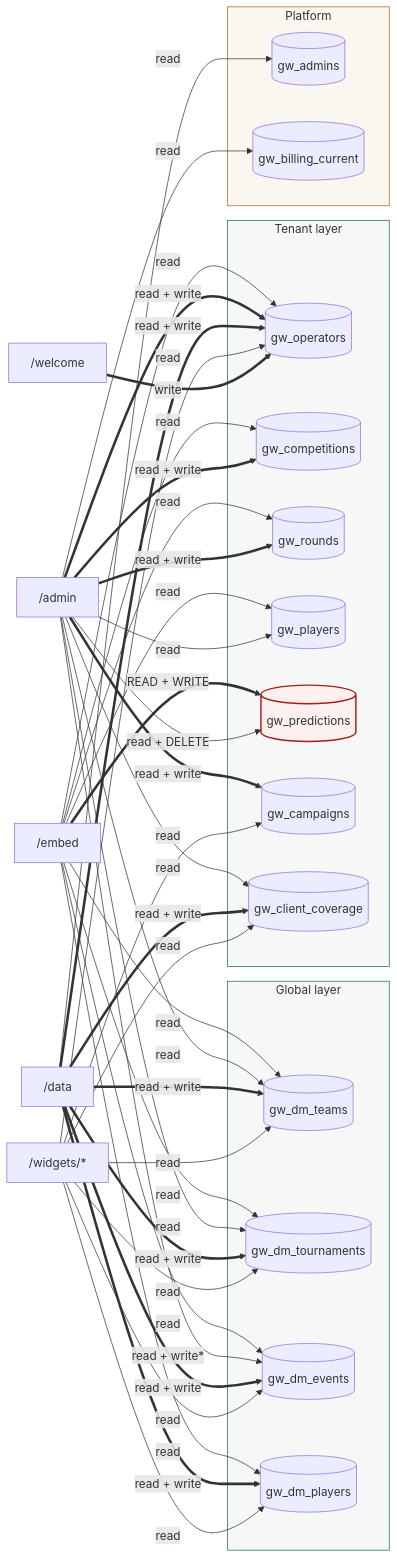
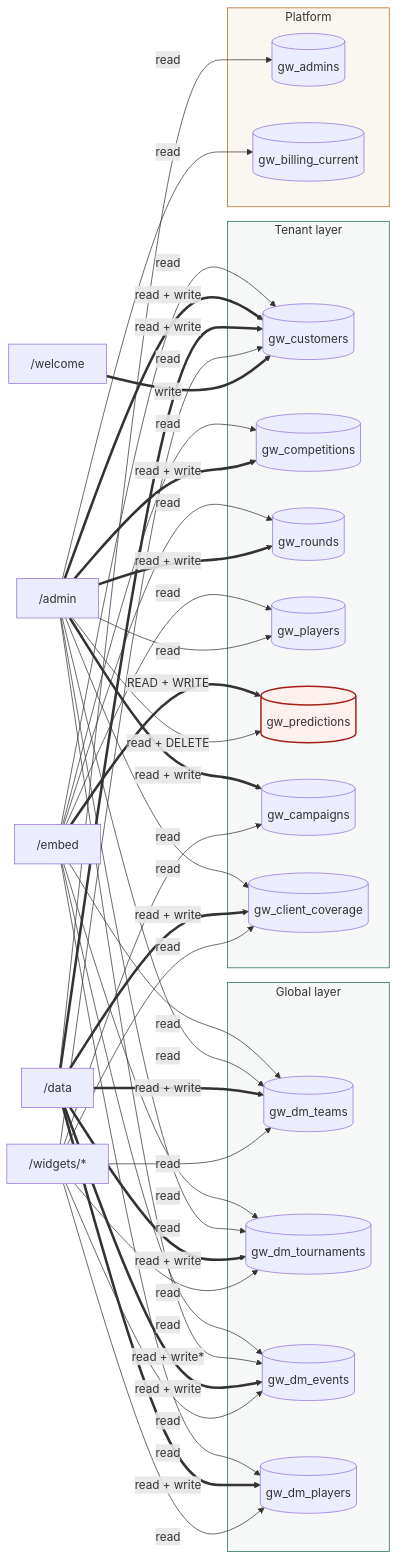
One commit to matchinist/gameweek changed the fourth of 8 diagrams in docs/ARCHITECTURE.md. Above: the diagram before and after it, drawn with Mermaid. The commit also changed other lines of this file and 42 other files, not shown here.

First line of the commit message:
Rename operators to customers across DB, apps, Edge Functions and docs

````diff
--- a/docs/ARCHITECTURE.md
+++ b/docs/ARCHITECTURE.md
@@ -236,75 +236,75 @@
 ```mermaid
 flowchart LR
     embed["/embed"]
     admin["/admin"]
     data["/data"]
     widgets["/widgets/*"]
     welcome["/welcome"]
 
     subgraph global["Global layer"]
         teams[(gw_dm_teams)]
         tourns[(gw_dm_tournaments)]
         events[(gw_dm_events)]
         dmplayers[(gw_dm_players)]
     end
 
     subgraph tenant["Tenant layer"]
-        ops[(gw_operators)]
+        ops[(gw_customers)]
         comps[(gw_competitions)]
         rounds[(gw_rounds)]
         players[(gw_players)]
         preds[(gw_predictions)]
         camps[(gw_campaigns)]
         cover[(gw_client_coverage)]
     end
 
     subgraph platform["Platform"]
         admins[(gw_admins)]
         billing[(gw_billing_current)]
     end
 
     embed -->|read| teams
     embed -->|read| tourns
     embed -->|read| events
     embed -->|read| dmplayers
     embed -->|read| ops
     embed -->|read| comps
     embed -->|read| rounds
     embed -->|read| players
     embed ==>|"READ + WRITE"| preds
 
     admin -->|read| teams
     admin -->|read| tourns
     admin -->|"read + write*"| events
     admin ==>|"read + write"| ops
     admin ==>|"read + write"| comps
     admin ==>|"read + write"| rounds
     admin ==>|"read + write"| camps
     admin -->|read| players
     admin -->|"read + DELETE"| preds
     admin -->|read| cover
     admin -->|read| billing
 
     data ==>|"read + write"| teams
     data ==>|"read + write"| tourns
     data ==>|"read + write"| events
     data ==>|"read + write"| dmplayers
     data ==>|"read + write"| cover
     data ==>|"read + write"| ops
     data -->|read| admins
 
     widgets -->|read| teams
     widgets -->|read| tourns
     widgets -->|read| events
     widgets -->|read| dmplayers
     widgets -->|read| ops
     widgets -->|read| camps
     widgets -->|read| cover
 
     welcome ==>|write| ops
 
     style preds fill:#fdf0ee,stroke:#a3201a,stroke-width:2px
     style global fill:#f5f8f6,stroke:#1e6b5e
     style tenant fill:#f5f8f6,stroke:#1e6b5e
     style platform fill:#faf6f0,stroke:#b4671c
 ```
````
